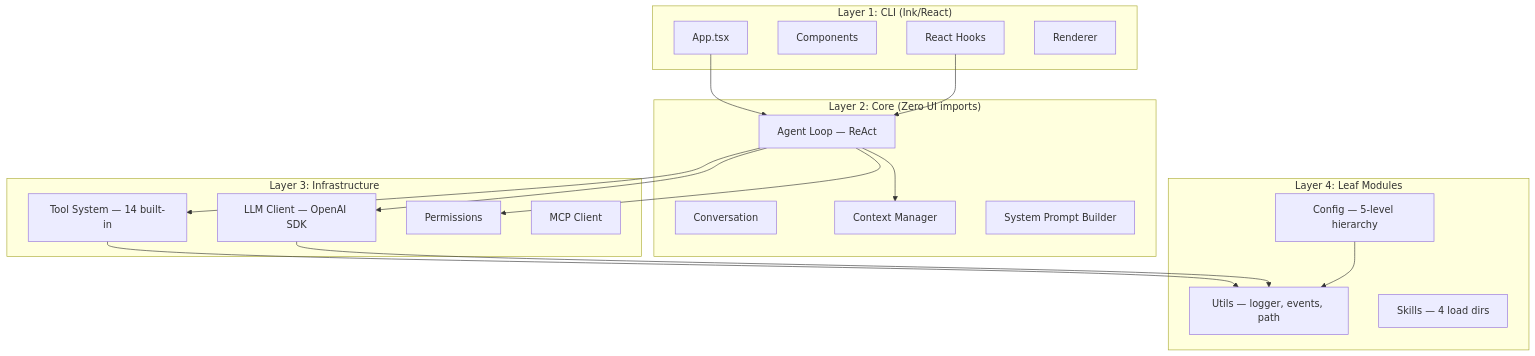
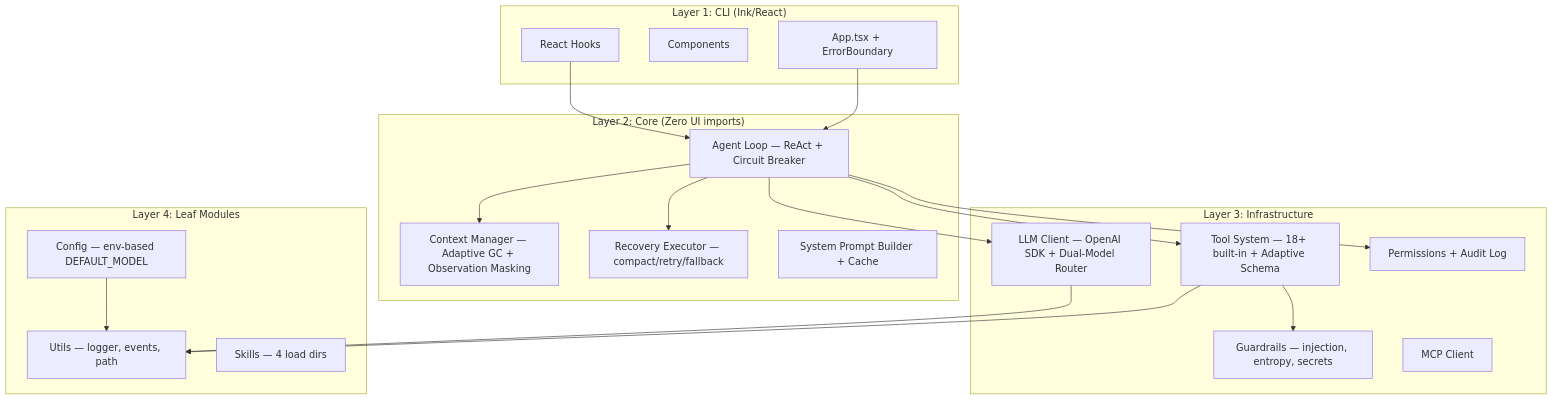
One commit to bigbulgogiburger/DHelix-Code changed the diagram in CLAUDE.md. Above: the diagram before and after it, drawn with Mermaid. The commit also changed 6 other files, not shown here.

First line of the commit message:
docs: CLAUDE.md 아키텍처 다이어그램 + 참조 문서 6개 Sprint 6 반영

````diff
--- a/CLAUDE.md
+++ b/CLAUDE.md
@@ -8,36 +8,38 @@
 ```mermaid
 graph TD
     subgraph CLI["Layer 1: CLI (Ink/React)"]
-        APP[App.tsx]
+        APP[App.tsx + ErrorBoundary]
         COMP[Components]
         HOOKS[React Hooks]
-        REND[Renderer]
     end
     subgraph CORE["Layer 2: Core (Zero UI imports)"]
-        AGENT[Agent Loop — ReAct]
-        CONV[Conversation]
-        CTX[Context Manager]
-        PROMPT[System Prompt Builder]
+        AGENT[Agent Loop — ReAct + Circuit Breaker]
+        CTX[Context Manager — Adaptive GC + Observation Masking]
+        RECOVER[Recovery Executor — compact/retry/fallback]
+        PROMPT[System Prompt Builder + Cache]
     end
     subgraph INFRA["Layer 3: Infrastructure"]
-        LLM[LLM Client — OpenAI SDK]
-        TOOLS[Tool System — 14 built-in]
-        PERM[Permissions]
+        LLM[LLM Client — OpenAI SDK + Dual-Model Router]
+        TOOLS[Tool System — 18+ built-in + Adaptive Schema]
+        GUARD[Guardrails — injection, entropy, secrets]
+        PERM[Permissions + Audit Log]
         MCP_[MCP Client]
     end
     subgraph LEAF["Layer 4: Leaf Modules"]
         UTILS[Utils — logger, events, path]
-        CONFIG[Config — 5-level hierarchy]
+        CONFIG["Config — env-based DEFAULT_MODEL"]
         SKILLS[Skills — 4 load dirs]
     end
 
     APP --> AGENT
     HOOKS --> AGENT
     AGENT --> LLM
     AGENT --> TOOLS
     AGENT --> PERM
     AGENT --> CTX
+    AGENT --> RECOVER
+    TOOLS --> GUARD
     TOOLS --> UTILS
     LLM --> UTILS
     CONFIG --> UTILS
 ```
````
